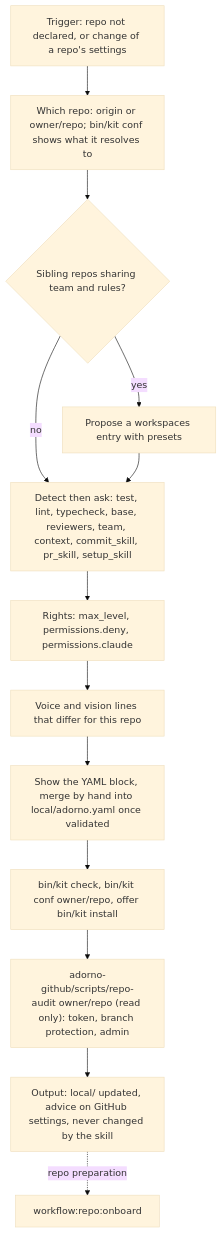
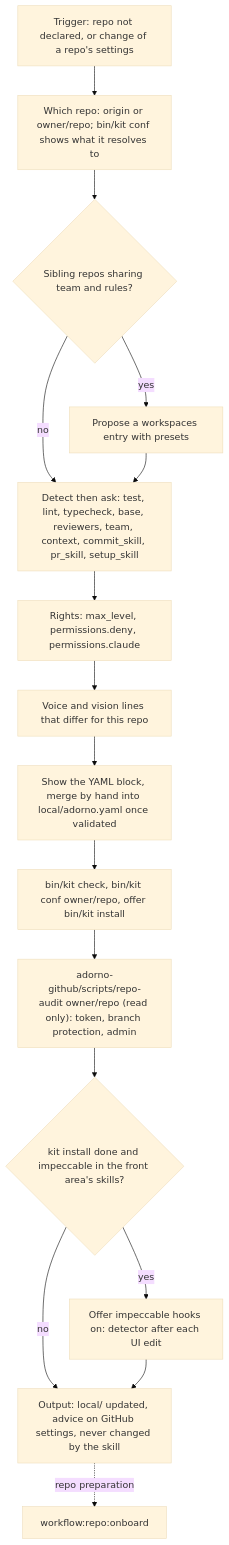
The third of 3 diagrams in src/skills/adorno-setup/SCHEMA.md (nicolasmondain/adorno), drawn with Mermaid (base theme) before and after one commit. The commit also changed 6 other files, not shown here.

First line of the commit message:
feat(setup): set up impeccable on front repos (#45)

````diff
--- a/src/skills/adorno-setup/SCHEMA.md
+++ b/src/skills/adorno-setup/SCHEMA.md
@@ -51,15 +51,18 @@
 ```mermaid
 flowchart TD
   T["Trigger: repo not declared, or change of a repo's settings"] --> WH["Which repo: origin or owner/repo; bin/kit conf shows what it resolves to"]
   WH --> WS{"Sibling repos sharing team and rules?"}
   WS -->|"yes"| WK["Propose a workspaces entry with presets"]
   WS -->|"no"| DT
   WK --> DT["Detect then ask: test, lint, typecheck, base, reviewers, team, context, commit_skill, pr_skill, setup_skill"]
   DT --> RG["Rights: max_level, permissions.deny, permissions.claude"]
   RG --> VO["Voice and vision lines that differ for this repo"]
   VO --> SH["Show the YAML block, merge by hand into local/adorno.yaml once validated"]
   SH --> AP["bin/kit check, bin/kit conf owner/repo, offer bin/kit install"]
   AP --> AU["adorno-github/scripts/repo-audit owner/repo (read only): token, branch protection, admin"]
-  AU --> OUT["Output: local/ updated, advice on GitHub settings, never changed by the skill"]
+  AU --> FR{"kit install done and impeccable in the front area's skills?"}
+  FR -->|"yes"| HK["Offer impeccable hooks on: detector after each UI edit"]
+  FR -->|"no"| OUT
+  HK --> OUT["Output: local/ updated, advice on GitHub settings, never changed by the skill"]
   OUT -.->|"repo preparation"| ON["workflow:repo:onboard"]
 ```
````
